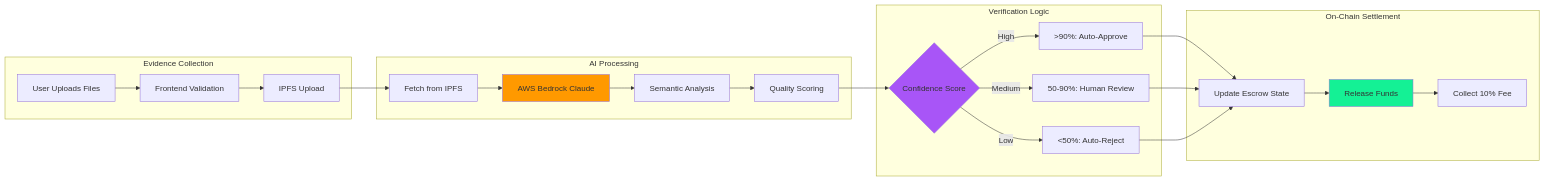
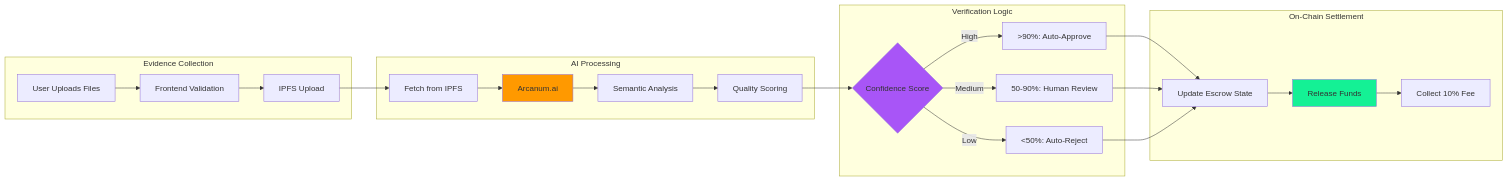
The third of 16 diagrams in technical-architecture.mdx (De-real-iManuel/aetherlock-docs), drawn with Mermaid before and after one commit. The commit also changed other lines of this file and 92 other files, not shown here.

````diff
--- a/technical-architecture.mdx
+++ b/technical-architecture.mdx
@@ -311,51 +313,51 @@
 ```mermaid
 flowchart LR
     subgraph "Evidence Collection"
         A[User Uploads Files]
         B[Frontend Validation]
         C[IPFS Upload]
     end
     
     subgraph "AI Processing"
         D[Fetch from IPFS]
-        E[AWS Bedrock Claude]
+        E[Arcanum.ai]
         F[Semantic Analysis]
         G[Quality Scoring]
     end
     
     subgraph "Verification Logic"
         H{Confidence Score}
         I[>90%: Auto-Approve]
         J[50-90%: Human Review]
         K[<50%: Auto-Reject]
     end
     
     subgraph "On-Chain Settlement"
         L[Update Escrow State]
         M[Release Funds]
         N[Collect 10% Fee]
     end
     
     A --> B
     B --> C
     C --> D
     D --> E
     E --> F
     F --> G
     G --> H
     
     H -->|High| I
     H -->|Medium| J
     H -->|Low| K
     
     I --> L
     J --> L
     K --> L
     
     L --> M
     M --> N
     
     style E fill:#FF9900
     style H fill:#A855F7
     style M fill:#14F195
 ```
````
